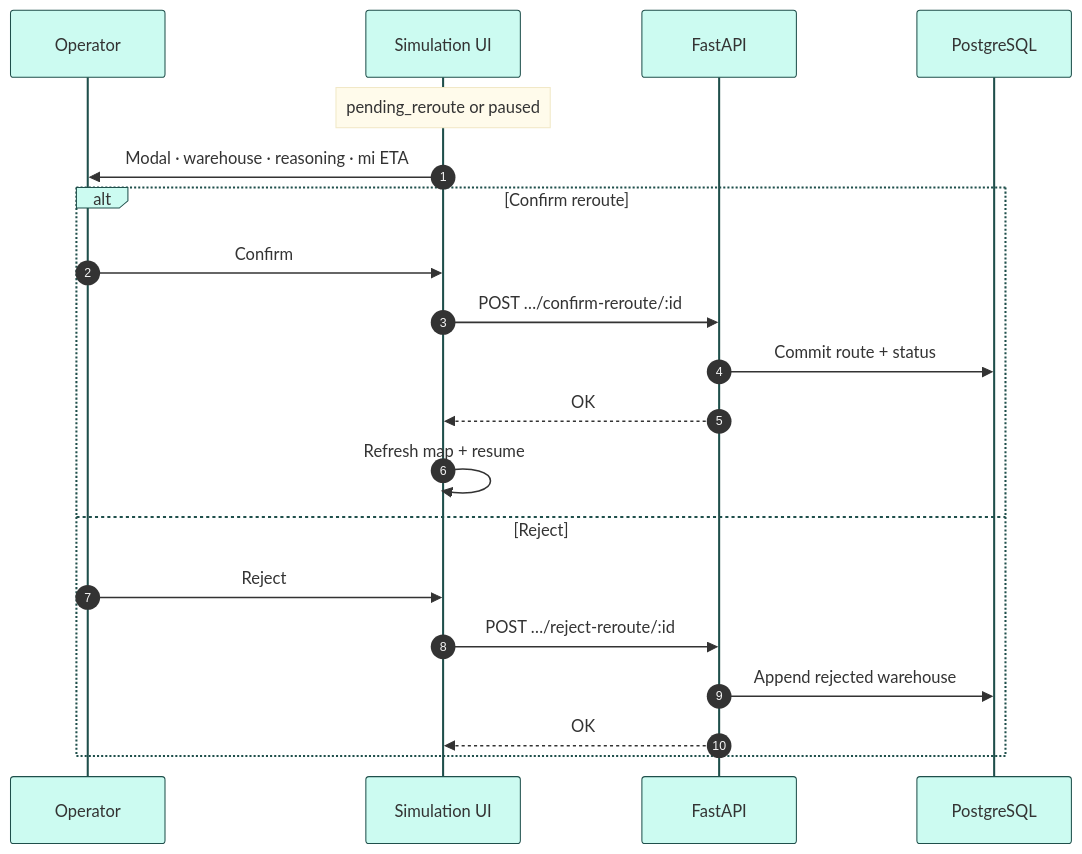
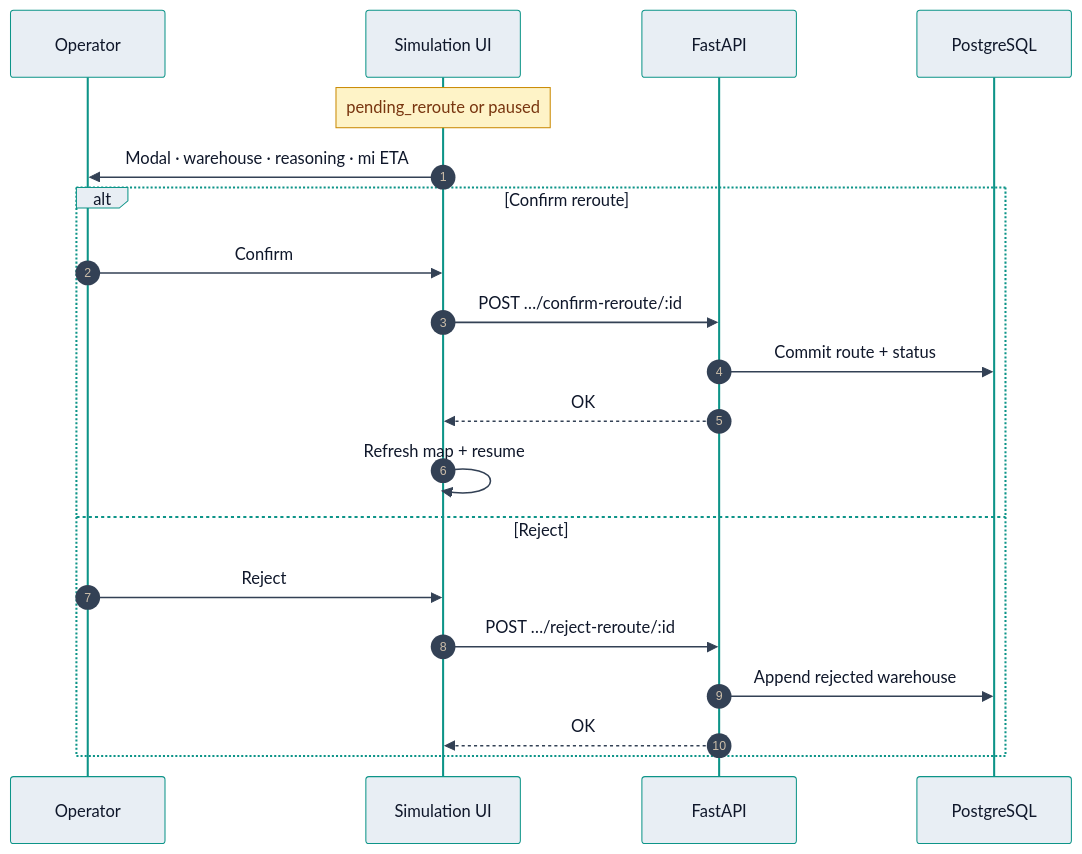
One commit to dhanyakini/PharmAI-Chain changed the sixth of 7 diagrams in docs/FLOWCHARTS.md. Above: the diagram before and after it, drawn with Mermaid. The commit also changed other lines of this file and 1 other file, not shown here.

Commit message:
Update FLOWCHARTS.md and mermaid-config.json to standardize color palette and improve diagram styling for better visual consistency

````diff
--- a/docs/FLOWCHARTS.md
+++ b/docs/FLOWCHARTS.md
@@ -193,24 +197,24 @@
 ```mermaid
-%%{init: {'theme':'base','themeVariables':{'primaryColor':'#0d9488','actorBkg':'#ccfbf1','noteBkgColor':'#fffbeb','fontFamily':'ui-sans-serif, system-ui, sans-serif'},'sequence':{'actorFontSize':15,'messageFontSize':14}}}%%
+%%{init: {'theme':'base','themeVariables':{'fontFamily':'ui-sans-serif, system-ui, sans-serif','fontSize':'15px','actorBkg':'#e8eef4','actorBorder':'#0d9488','actorTextColor':'#0f172a','actorLineColor':'#0d9488','signalColor':'#334155','signalTextColor':'#0f172a','labelBoxBkgColor':'#e8eef4','labelBoxBorderColor':'#0d9488','labelTextColor':'#0f172a','loopTextColor':'#0f172a','noteBkgColor':'#fef3c7','noteTextColor':'#78350f','noteBorderColor':'#ca8a04','textColor':'#0f172a','lineColor':'#334155'},'sequence':{'actorFontSize':15,'messageFontSize':14,'boxMargin':10}}}%%
 sequenceDiagram
   autonumber
   participant Op as Operator
   participant UI as Simulation UI
   participant API as FastAPI
   participant DB as PostgreSQL
 
   Note over UI: pending_reroute or paused
   UI->>Op: Modal · warehouse · reasoning · mi ETA
   alt Confirm reroute
     Op->>UI: Confirm
     UI->>API: POST …/confirm-reroute/:id
     API->>DB: Commit route + status
     API-->>UI: OK
     UI->>UI: Refresh map + resume
   else Reject
     Op->>UI: Reject
     UI->>API: POST …/reject-reroute/:id
     API->>DB: Append rejected warehouse
     API-->>UI: OK
   end
 ```
````
